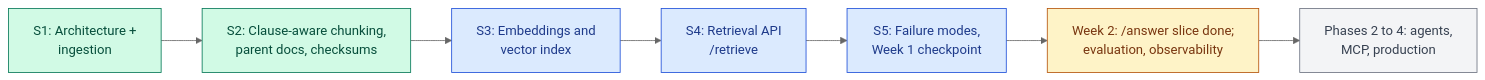
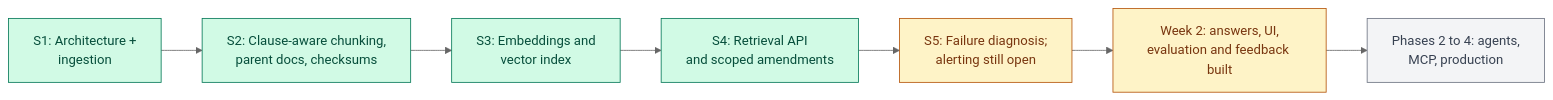
Diagram 15 of 16 in README.md (bharathk5678/NexaAssist), drawn with Mermaid (neutral theme) before and after one commit. The commit also changed other lines of this file and 124 other files, not shown here.

````diff
--- a/README.md
+++ b/README.md
@@ -1240,14 +1439,13 @@
 ```mermaid
 flowchart LR
     S1["S1: Architecture +<br/>ingestion"]:::done --> S2["S2: Clause-aware chunking,<br/>parent docs, checksums"]:::done
-    S2 --> S3["S3: Embeddings and<br/>vector index"]:::offline
-    S3 --> S4["S4: Retrieval API<br/>/retrieve"]:::offline
-    S4 --> S5["S5: Failure modes,<br/>Week 1 checkpoint"]:::offline
-    S5 --> W2["Week 2: /answer slice done;<br/>evaluation, observability"]:::partial
+    S2 --> S3["S3: Embeddings and<br/>vector index"]:::done
+    S3 --> S4["S4: Retrieval API<br/>and scoped amendments"]:::done
+    S4 --> S5["S5: Failure diagnosis;<br/>alerting still open"]:::partial
+    S5 --> W2["Week 2: answers, UI,<br/>evaluation and feedback built"]:::partial
     W2 --> P2["Phases 2 to 4: agents,<br/>MCP, production"]:::planned
 
     classDef done fill:#d1fae5,stroke:#047857,color:#064e3b
-    classDef offline fill:#dbeafe,stroke:#1d4ed8,color:#1e3a8a
     classDef partial fill:#fef3c7,stroke:#b45309,color:#78350f
     classDef planned fill:#f3f4f6,stroke:#6b7280,color:#374151
 ```
````
